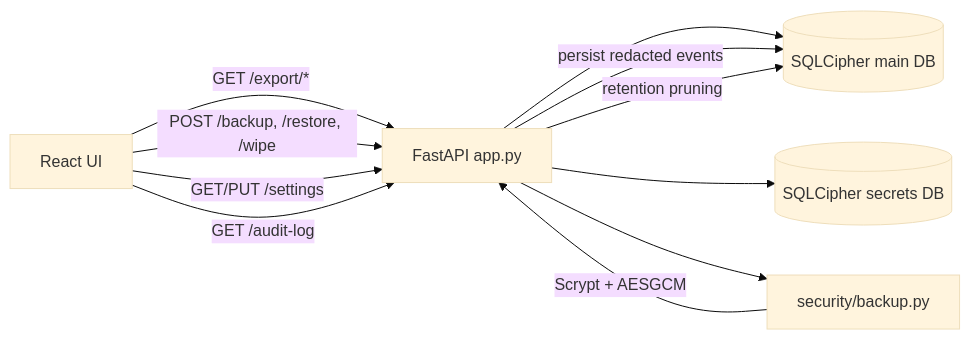
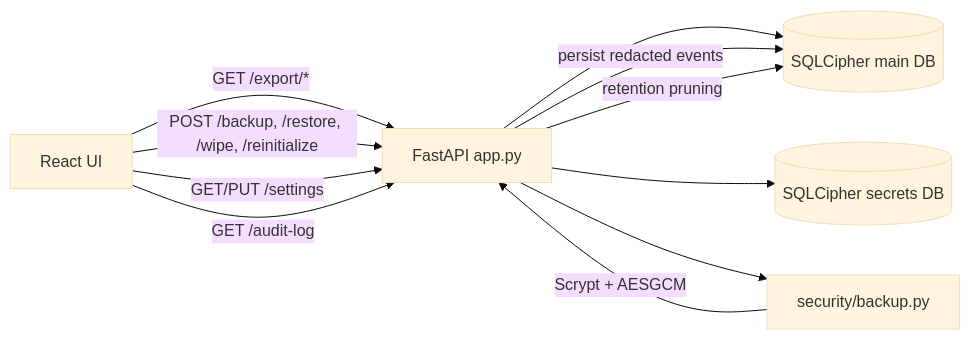
One commit to baquerrj/godzilla changed the diagram in docs/design/m5-export-backup-settings-audit.md. Above: the diagram before and after it, drawn with Mermaid (base theme). The commit also changed other lines of this file and 13 other files, not shown here.

Commit message:
feat: add post-wipe database reinitialization workflow

````diff
--- a/docs/design/m5-export-backup-settings-audit.md
+++ b/docs/design/m5-export-backup-settings-audit.md
@@ -16,21 +16,21 @@
 ```mermaid
 flowchart LR
   UI[React UI]
   API[FastAPI app.py]
   DB[(SQLCipher main DB)]
   SDB[(SQLCipher secrets DB)]
   BKP[security/backup.py]
 
   UI -->|GET /export/*| API
-  UI -->|POST /backup, /restore, /wipe| API
+  UI -->|POST /backup, /restore, /wipe, /reinitialize| API
   UI -->|GET/PUT /settings| API
   UI -->|GET /audit-log| API
 
   API --> DB
   API --> SDB
   API --> BKP
   BKP -->|Scrypt + AESGCM| API
 
   API -->|persist redacted events| DB
   API -->|retention pruning| DB
 ```
````
